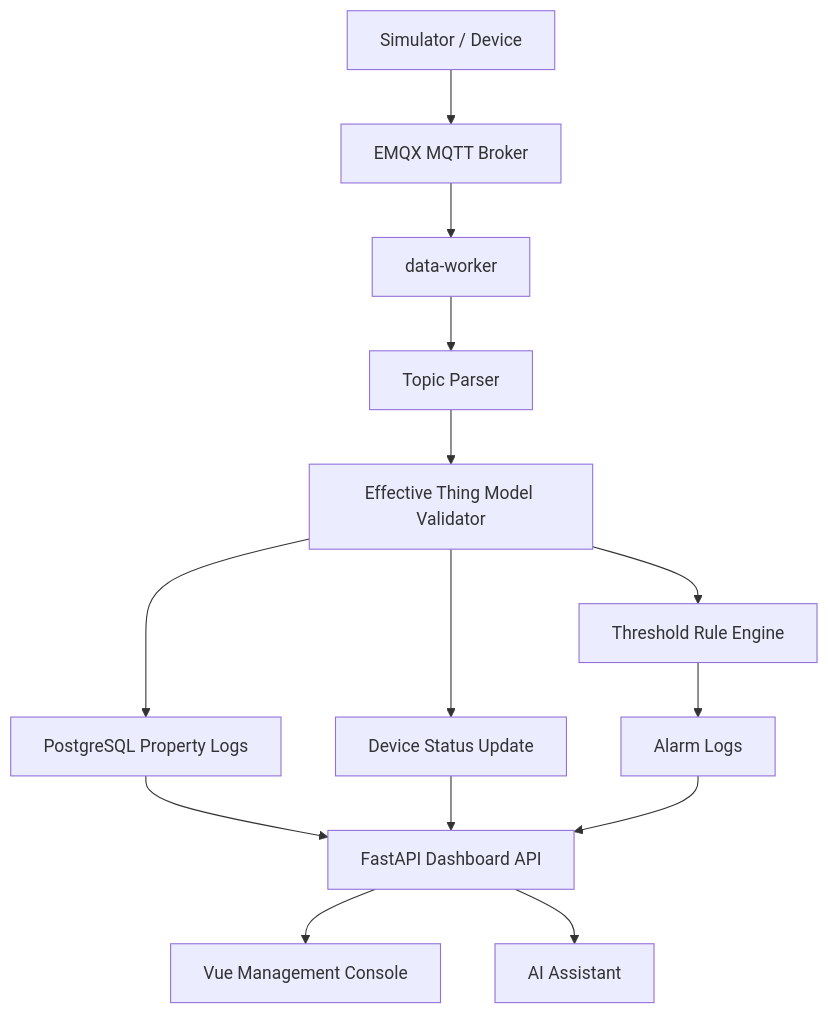
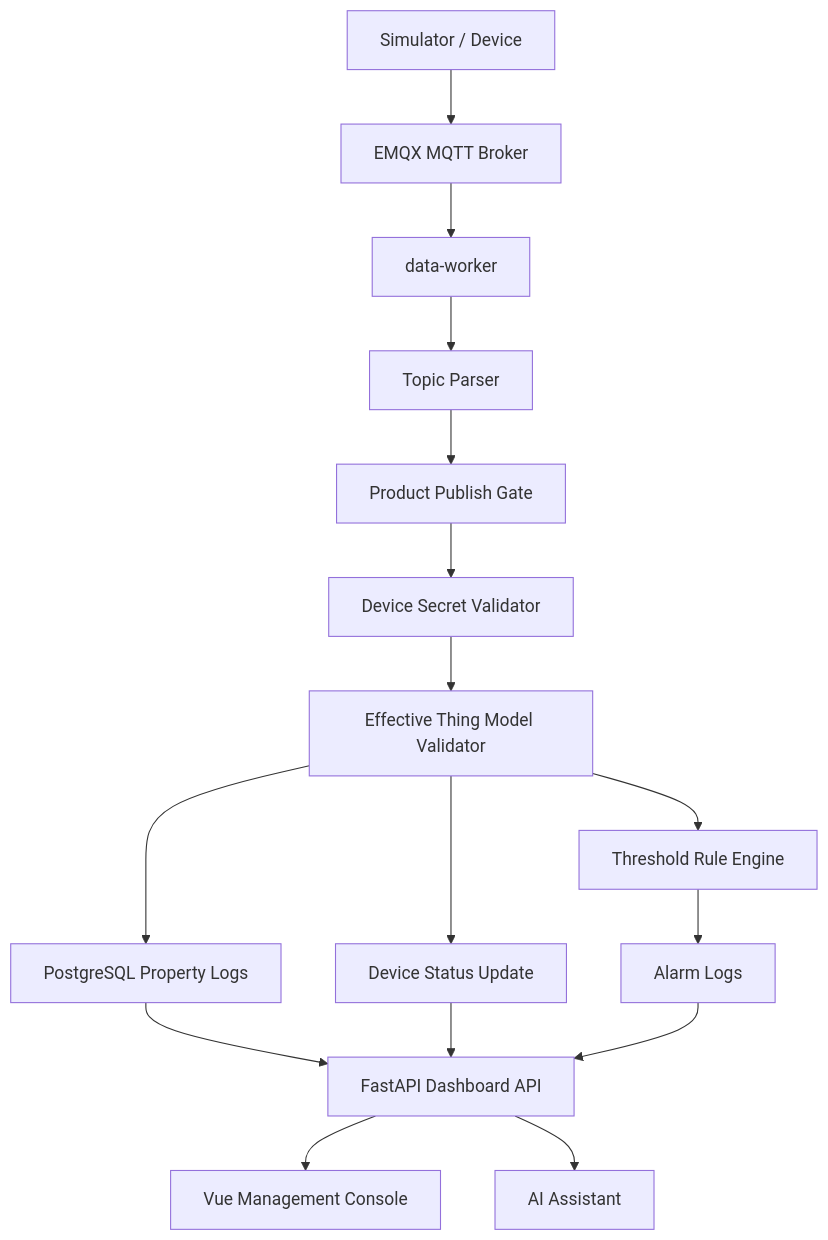
One commit to JunYIChen12/JunYIChen12-iot-agent-demo changed the first of 2 diagrams in docs/architecture.md. Above: the diagram before and after it, drawn with Mermaid. The commit also changed other lines of this file and 9 other files, not shown here.

````diff
--- a/docs/architecture.md
+++ b/docs/architecture.md
@@ -27,16 +27,18 @@
 ```mermaid
 flowchart TD
     A["Simulator / Device"] --> B["EMQX MQTT Broker"]
     B --> C["data-worker"]
     C --> D["Topic Parser"]
-    D --> E["Effective Thing Model Validator"]
-    E --> F["PostgreSQL Property Logs"]
-    E --> G["Device Status Update"]
-    E --> H["Threshold Rule Engine"]
-    H --> I["Alarm Logs"]
-    F --> J["FastAPI Dashboard API"]
-    G --> J
-    I --> J
-    J --> K["Vue Management Console"]
-    J --> L["AI Assistant"]
+    D --> E["Product Publish Gate"]
+    E --> F["Device Secret Validator"]
+    F --> G["Effective Thing Model Validator"]
+    G --> H["PostgreSQL Property Logs"]
+    G --> I["Device Status Update"]
+    G --> J["Threshold Rule Engine"]
+    J --> K["Alarm Logs"]
+    H --> L["FastAPI Dashboard API"]
+    I --> L
+    K --> L
+    L --> M["Vue Management Console"]
+    L --> N["AI Assistant"]
 ```
````
